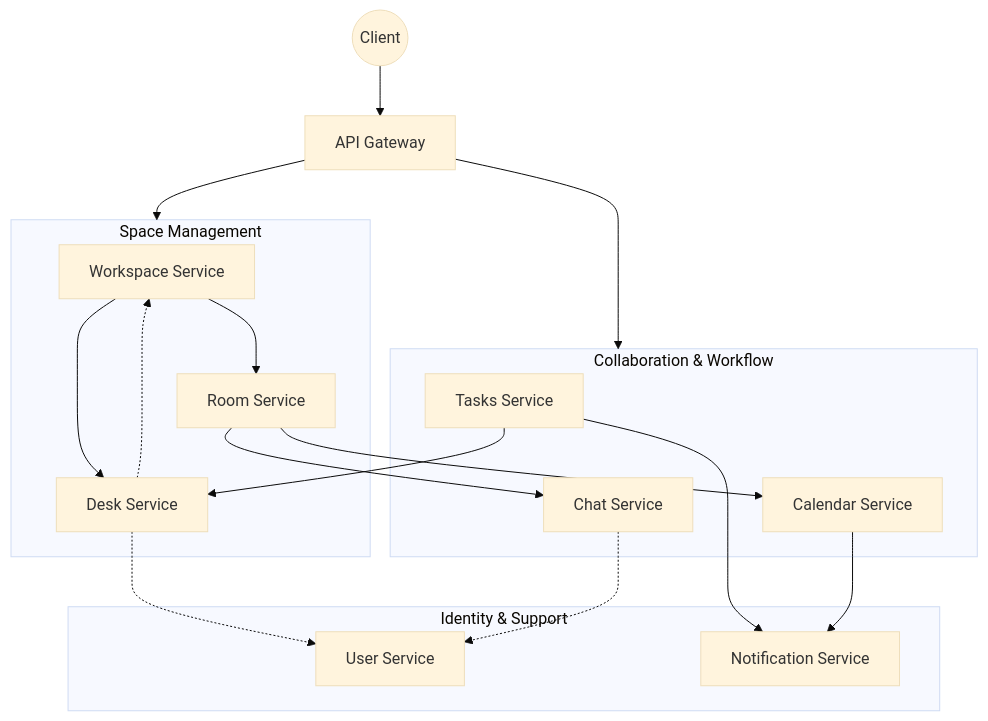
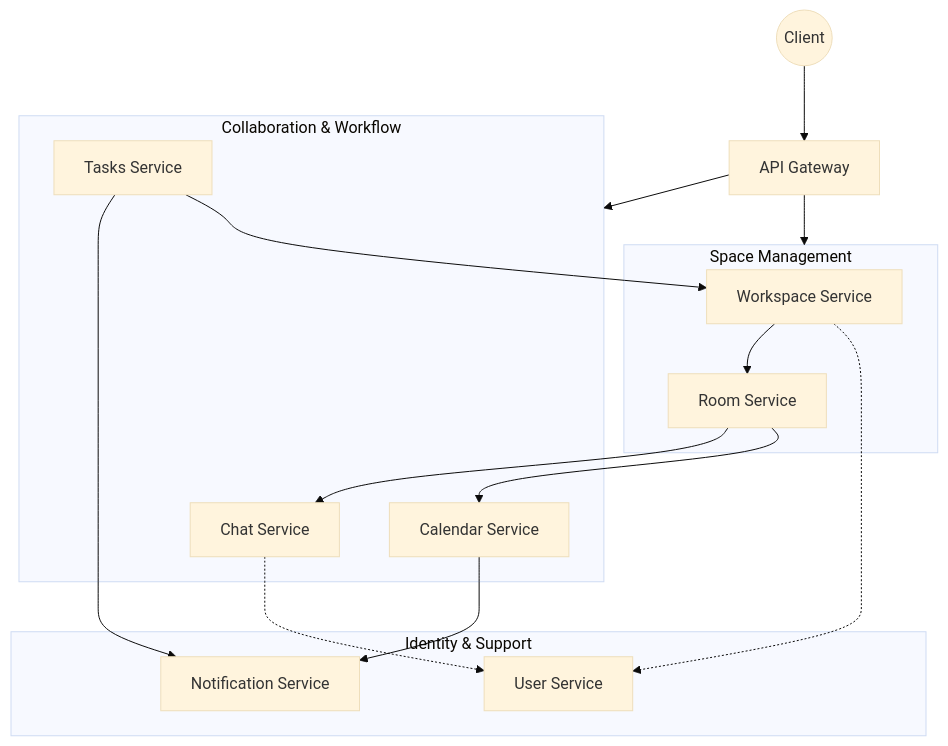
The diagram in README.md (My-Virtual-Office/backend), drawn with Mermaid (base theme) before and after one commit. The commit also changed other lines of this file and 6 other files, not shown here.

````diff
--- a/README.md
+++ b/README.md
@@ -22,37 +21,36 @@
 ```mermaid id="b9x2kq"
 graph TD
     Client((Client)) --> GW[API Gateway]
 
     subgraph Identity[Identity & Support]
         US[User Service]
         NS[Notification Service]
     end
 
     subgraph Space[Space Management]
         WS[Workspace Service]
         RS[Room Service]
-        DS[Desk Service]
     end
 
     subgraph Collab[Collaboration & Workflow]
         Chat[Chat Service]
         Cal[Calendar Service]
         TS[Tasks Service]
     end
 
     %% Gateway Routing
     GW --> Space
     GW --> Collab
 
     %% Resource Interactions
-    WS --> DS & RS
+    WS --> RS
     RS --> Chat & Cal
     
     %% Task & Notification Flow
-    TS --> NS & DS
+    TS --> NS & WS
     Cal --> NS
     
     %% Validation & Lookups
-    DS -.-> US & WS
+    WS -.-> US
     Chat -.-> US
 ```
````
